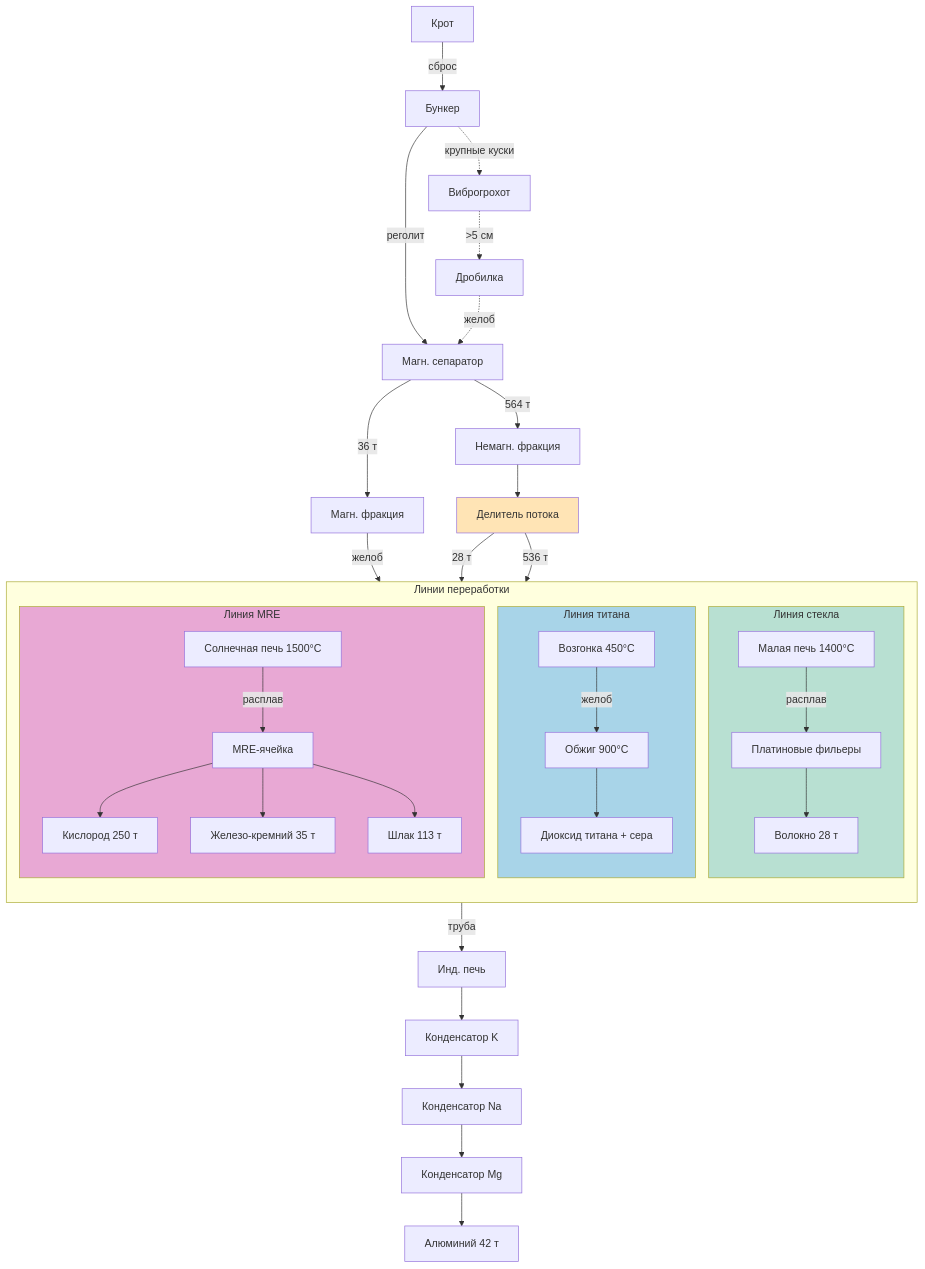
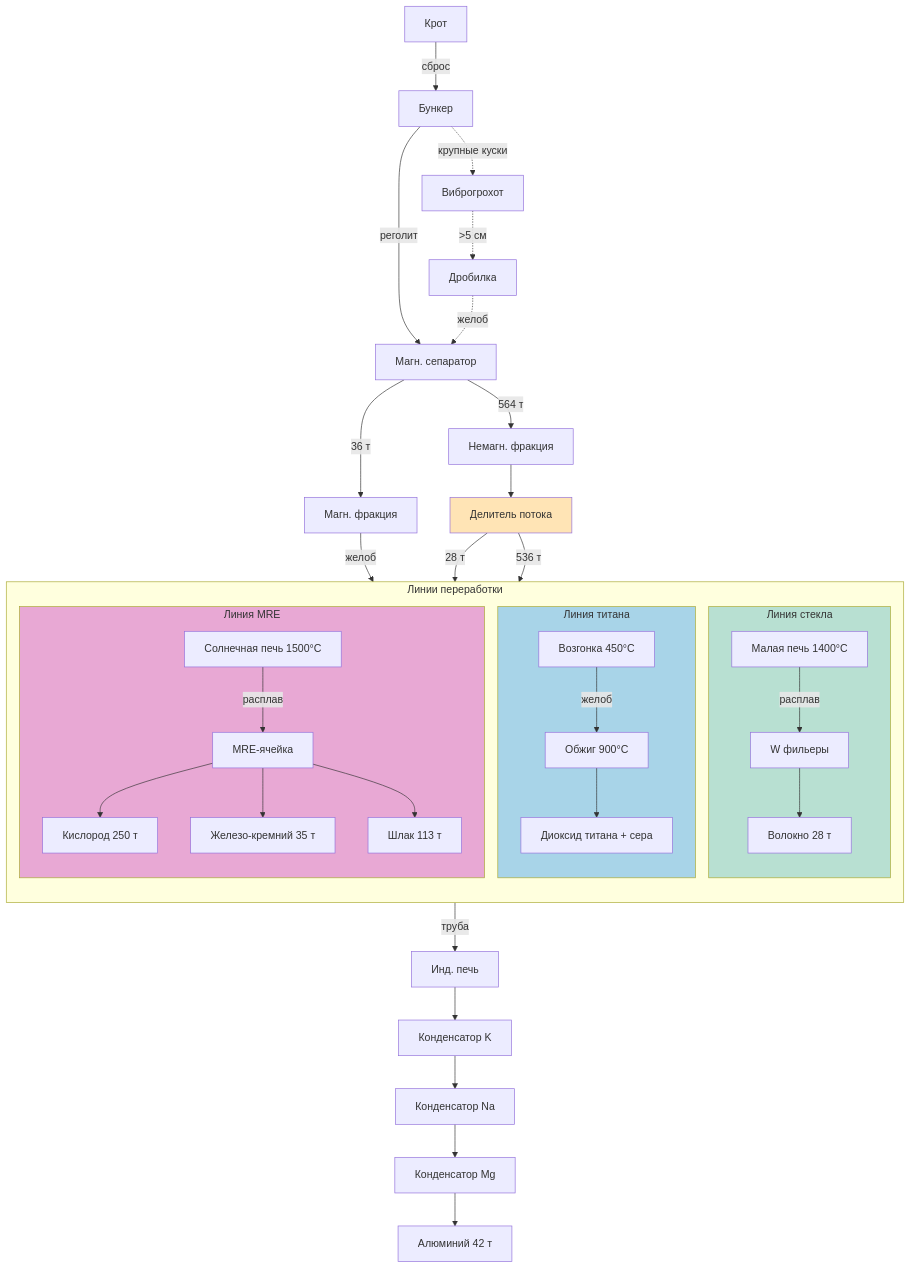
One commit to DmitryNasikanov/infinite-energy changed the first of 2 diagrams in ru/science/detailed/production/materials/overview.qmd. Above: the diagram before and after it, drawn with Mermaid. The commit also changed 10 other files, not shown here.

````diff
--- a/ru/science/detailed/production/materials/overview.qmd
+++ b/ru/science/detailed/production/materials/overview.qmd
@@ -38,59 +38,59 @@
 ```{mermaid}
 flowchart TD
     %% ДОБЫЧА И ПОДГОТОВКА
     KROT[Крот] -->|сброс| BUN[Бункер]
     BUN -->|реголит| SEP[Магн. сепаратор]
     BUN -.->|крупные куски| GR[Виброгрохот]
     GR -.->|>5 см| DR[Дробилка]
     DR -.->|желоб| SEP
 
     %% СЕПАРАЦИЯ - разделение на 2 потока
     SEP -->|36 т| MAGN[Магн. фракция]
     SEP -->|564 т| NMAG[Немагн. фракция]
 
     %% РАСПРЕДЕЛИТЕЛЬ ПОТОКА
     NMAG --> SPLIT[Делитель потока]
 
     %% ЛИНИИ ПЕРЕРАБОТКИ
     subgraph LINES[Линии переработки]
         direction TB
 
         subgraph TITANIUM[Линия титана]
             SF3[Возгонка 450°C]
             SF3 -->|желоб| TI_OX[Обжиг 900°C]
             TI_OX --> TI_OUT[Диоксид титана + сера]
         end
 
         subgraph GLASS_LINE[Линия стекла]
             SF1[Малая печь 1400°C]
-            SF1 -->|расплав| FILT[Платиновые фильеры]
+            SF1 -->|расплав| FILT[W фильеры]
             FILT --> FIBER[Волокно 28 т]
         end
 
         subgraph MRE_LINE[Линия MRE]
             SF2[Солнечная печь 1500°C]
             SF2 -->|расплав| MRE[MRE-ячейка]
             MRE --> O2[Кислород 250 т]
             MRE --> FESI[Железо-кремний 35 т]
             MRE --> SLAG[Шлак 113 т]
         end
     end
 
     %% Связи от сепарации к печам
     MAGN -->|желоб| SF3
     SPLIT -->|28 т| SF1
     SPLIT -->|536 т| SF2
 
     %% ДИСТИЛЛЯЦИЯ
     SLAG -->|труба| EQU024[Инд. печь]
     EQU024 --> EQU031[Конденсатор K]
     EQU031 --> EQU032[Конденсатор Na]
     EQU032 --> EQU033[Конденсатор Mg]
     EQU033 --> AL_OUT[Алюминий 42 т]
 
     %% Стили
     style TITANIUM fill:#a8d4e8
     style GLASS_LINE fill:#b8e0d2
     style MRE_LINE fill:#e8a8d4
     style SPLIT fill:#ffe4b5
 ```
````
